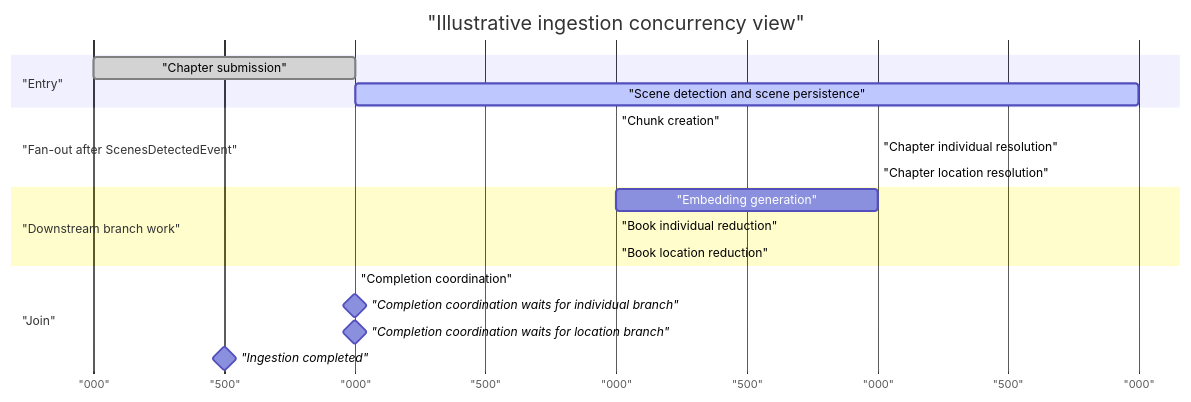
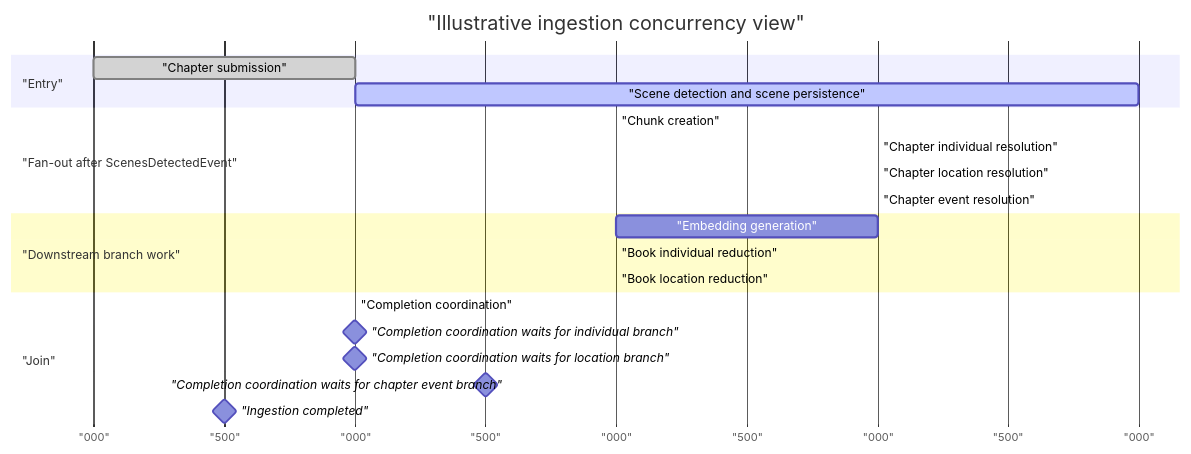
One commit to chaixdev/lorevault-kb changed the third of 3 diagrams in docs/patterns/ingestion/ingestion-pipeline.md. Above: the diagram before and after it, drawn with Mermaid. The commit also changed other lines of this file and 8 other files, not shown here.

First line of the commit message:
fix(ingestion): harden chapter event resolution flow

````diff
--- a/docs/patterns/ingestion/ingestion-pipeline.md
+++ b/docs/patterns/ingestion/ingestion-pipeline.md
@@ -236,26 +239,28 @@
 ```mermaid
 gantt
     title "Illustrative ingestion concurrency view"
     dateFormat X
     axisFormat "%L"
 
     section "Entry"
     "Chapter submission" :done, submit, 0, 1
     "Scene detection and scene persistence" :active, scenes, after submit, 4
 
     section "Fan-out after ScenesDetectedEvent"
     "Chunk creation" :chunks, after scenes, 2
     "Chapter individual resolution" :chapterIndividuals, after scenes, 3
     "Chapter location resolution" :chapterLocations, after scenes, 3
+    "Chapter event resolution" :chapterEvents, after scenes, 3
 
     section "Downstream branch work"
     "Embedding generation" :embeddings, after chunks, 3
     "Book individual reduction" :bookIndividuals, after chapterIndividuals, 2
     "Book location reduction" :bookLocations, after chapterLocations, 2
 
     section "Join"
     "Completion coordination" :join, after embeddings, 1
     "Completion coordination waits for individual branch" :milestone, after bookIndividuals, 0
     "Completion coordination waits for location branch" :milestone, after bookLocations, 0
+    "Completion coordination waits for chapter event branch" :milestone, after chapterEvents, 0
     "Ingestion completed" :milestone, complete, after join, 0
 ```
````
